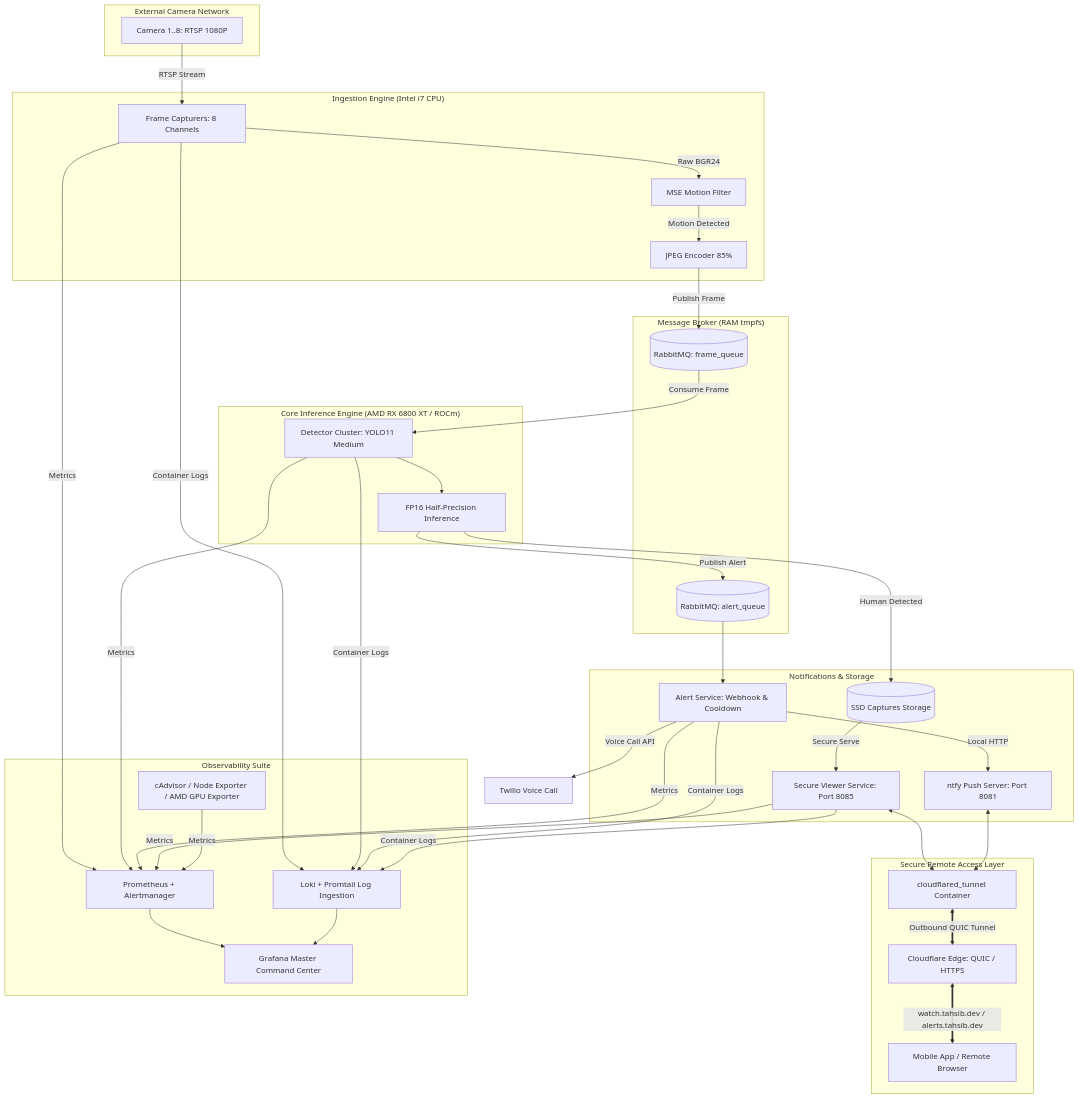
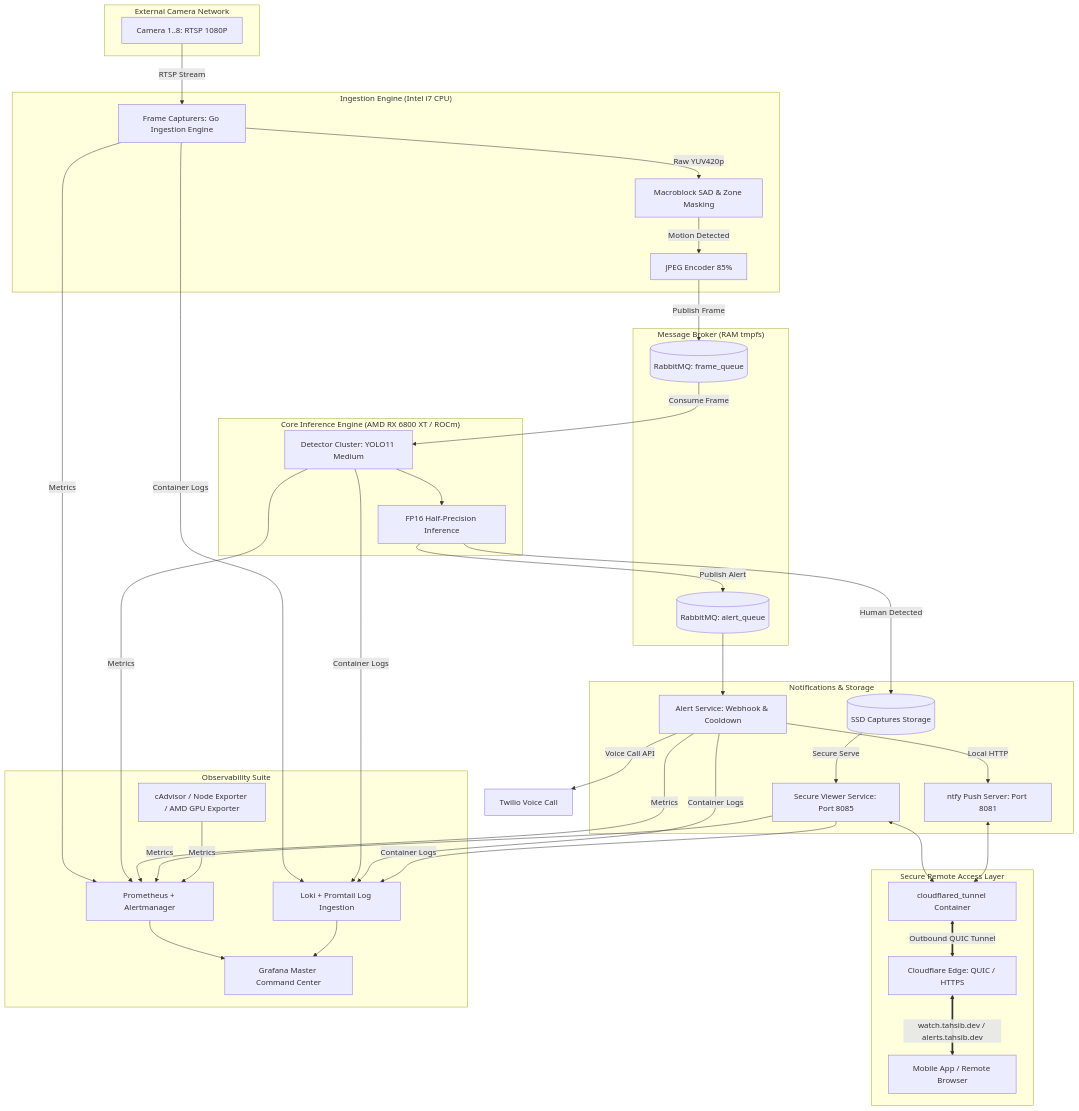
Before and after one commit to Tahsib/IntruderWatch: the diagram in microservices/ARCHITECTURE.md, drawn with Mermaid. The commit also changed other lines of this file and 1 other file, not shown here.

Commit message:
docs(architecture): update ingestion engine specifications and diagrams for Go rewrite

````diff
--- a/microservices/ARCHITECTURE.md
+++ b/microservices/ARCHITECTURE.md
@@ -9,70 +9,70 @@
 ```mermaid
 graph TD
     subgraph "External Camera Network"
         C1[Camera 1..8: RTSP 1080P]
     end
 
     subgraph "Ingestion Engine (Intel i7 CPU)"
-        FC[Frame Capturers: 8 Channels]
-        MSE[MSE Motion Filter]
-        ENC[JPEG Encoder 85%]
+        FC["Frame Capturers: Go Ingestion Engine"]
+        MB["Macroblock SAD & Zone Masking"]
+        ENC["JPEG Encoder 85%"]
     end
 
     subgraph "Message Broker (RAM tmpfs)"
         RMQ_F[(RabbitMQ: frame_queue)]
         RMQ_A[(RabbitMQ: alert_queue)]
     end
 
     subgraph "Core Inference Engine (AMD RX 6800 XT / ROCm)"
         DET[Detector Cluster: YOLO11 Medium]
         FP16[FP16 Half-Precision Inference]
     end
 
     subgraph "Notifications & Storage"
         DISK[(SSD Captures Storage)]
         VIEW[Secure Viewer Service: Port 8085]
         NTFY[ntfy Push Server: Port 8081]
         ALERT[Alert Service: Webhook & Cooldown]
     end
 
     subgraph "Secure Remote Access Layer"
         TUNNEL[cloudflared_tunnel Container]
         CF[Cloudflare Edge: QUIC / HTTPS]
         PHONE[Mobile App / Remote Browser]
     end
 
     subgraph "Observability Suite"
         PROM[Prometheus + Alertmanager]
         GRAF[Grafana Master Command Center]
         LOKI[Loki + Promtail Log Ingestion]
         EXP[cAdvisor / Node Exporter / AMD GPU Exporter]
     end
 
     %% Ingestion Flow
     C1 -- "RTSP Stream" --> FC
-    FC -- "Raw BGR24" --> MSE
-    MSE -- "Motion Detected" --> ENC
+    FC -- "Raw YUV420p" --> MB
+    MB -- "Motion Detected" --> ENC
     ENC -- "Publish Frame" --> RMQ_F
 
     %% Detection Flow
     RMQ_F -- "Consume Frame" --> DET
     DET --> FP16
     FP16 -- "Human Detected" --> DISK
     FP16 -- "Publish Alert" --> RMQ_A
 
     %% Alerting Flow
     RMQ_A --> ALERT
     ALERT -- "Local HTTP" --> NTFY
     ALERT -- "Voice Call API" --> TWILIO[Twilio Voice Call]
 
     %% Remote Access Flow
     DISK -- "Secure Serve" --> VIEW
     VIEW & NTFY <--> TUNNEL
     TUNNEL <== "Outbound QUIC Tunnel" ==> CF
     CF <== "watch.tahsib.dev / alerts.tahsib.dev" ==> PHONE
 
     %% Observability Flow
     FC & DET & ALERT & VIEW & EXP -- "Metrics" --> PROM
     FC & DET & ALERT & VIEW -- "Container Logs" --> LOKI
     PROM & LOKI --> GRAF
 ```
````
